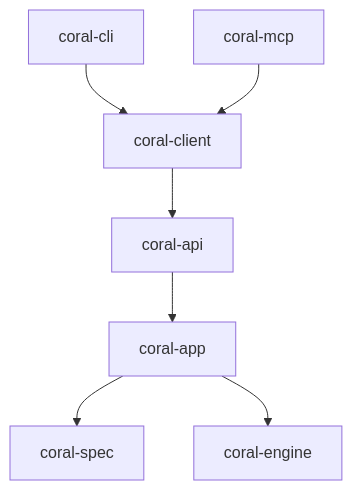
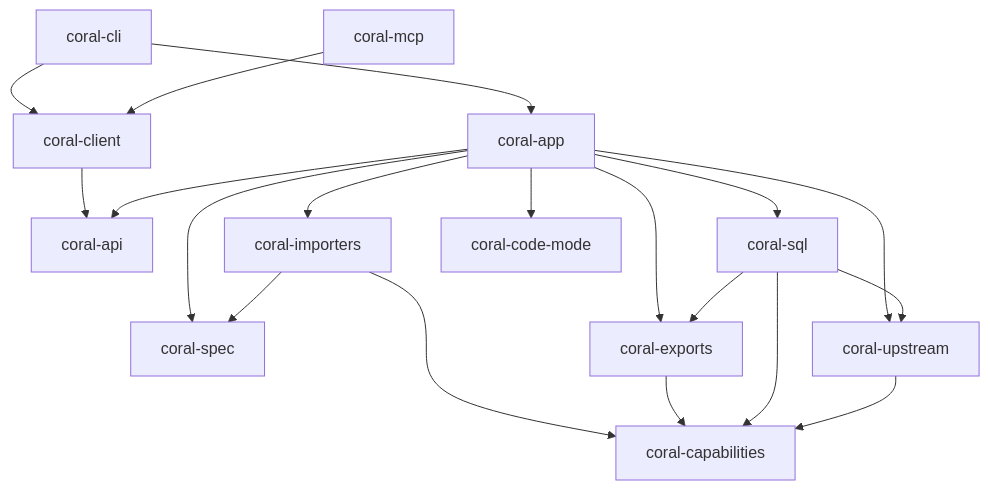
Before and after one commit to withcoral/coral: the second of 2 diagrams in docs/project/architecture.mdx, drawn with Mermaid. The commit also changed other lines of this file and 652 other files, not shown here.

````diff
--- a/docs/project/architecture.mdx
+++ b/docs/project/architecture.mdx
@@ -124,9 +169,21 @@
 ```mermaid
 graph TD
     CLI["coral-cli"] --> Client["coral-client"]
     MCP["coral-mcp"] --> Client
     Client --> API["coral-api"]
-    API --> App["coral-app"]
+    CLI --> App["coral-app"]
+    App --> API
     App --> Spec["coral-spec"]
-    App --> Engine["coral-engine"]
+    App --> Importers["coral-importers"]
+    App --> Exports["coral-exports"]
+    App --> Sql["coral-sql"]
+    App --> Upstream["coral-upstream"]
+    App --> CodeMode["coral-code-mode"]
+    Importers --> Spec
+    Importers --> Cap["coral-capabilities"]
+    Exports --> Cap
+    Sql --> Cap
+    Sql --> Exports
+    Sql --> Upstream
+    Upstream --> Cap
 ```
````
